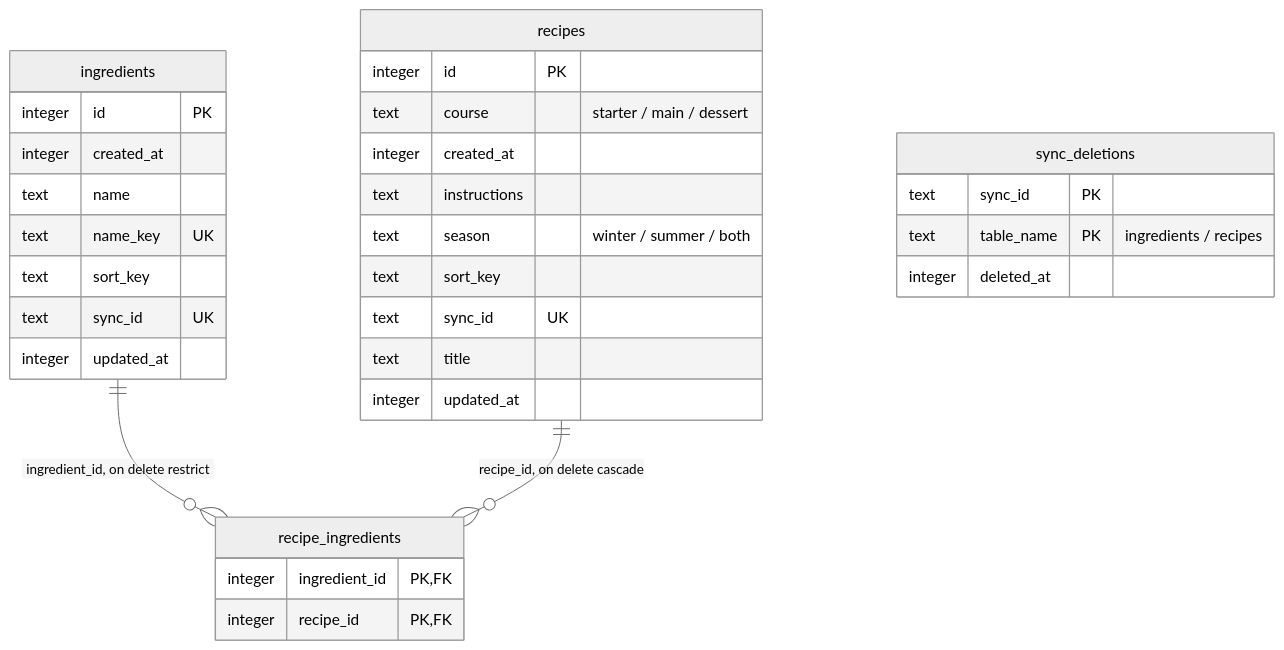
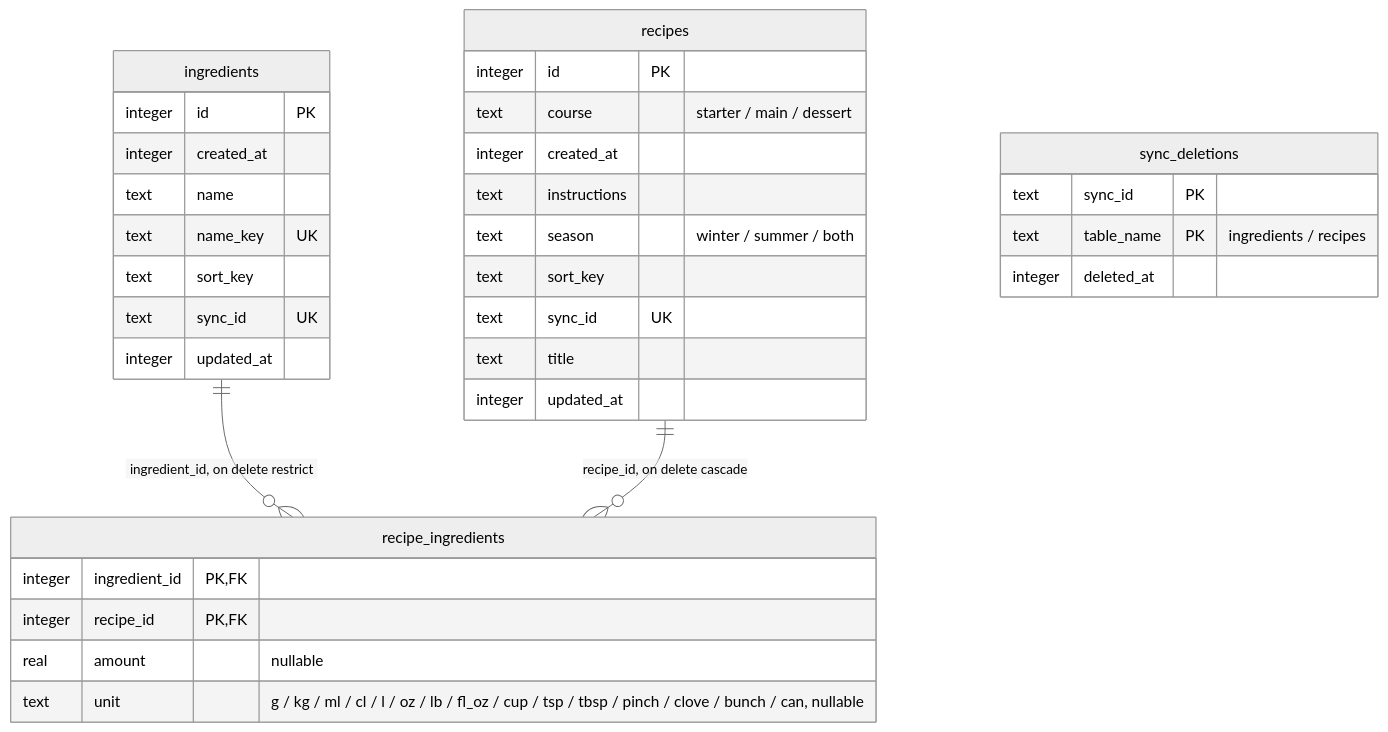
The diagram in docs/database.md (someoneinthe/dishes-cook), drawn with Mermaid (neutral theme) before and after one commit. The commit also changed other lines of this file and 40 other files, not shown here.

````diff
--- a/docs/database.md
+++ b/docs/database.md
@@ -10,34 +10,36 @@
 ```mermaid
 erDiagram
   ingredients {
     integer id PK
     integer created_at
     text name
     text name_key UK
     text sort_key
     text sync_id UK
     integer updated_at
   }
   recipe_ingredients {
     integer ingredient_id PK, FK
     integer recipe_id PK, FK
+    real amount "nullable"
+    text unit "g / kg / ml / cl / l / oz / lb / fl_oz / cup / tsp / tbsp / pinch / clove / bunch / can, nullable"
   }
   recipes {
     integer id PK
     text course "starter / main / dessert"
     integer created_at
     text instructions
     text season "winter / summer / both"
     text sort_key
     text sync_id UK
     text title
     integer updated_at
   }
   sync_deletions {
     text sync_id PK
     text table_name PK "ingredients / recipes"
     integer deleted_at
   }
   ingredients ||--o{ recipe_ingredients : "ingredient_id, on delete restrict"
   recipes ||--o{ recipe_ingredients : "recipe_id, on delete cascade"
 ```
````
